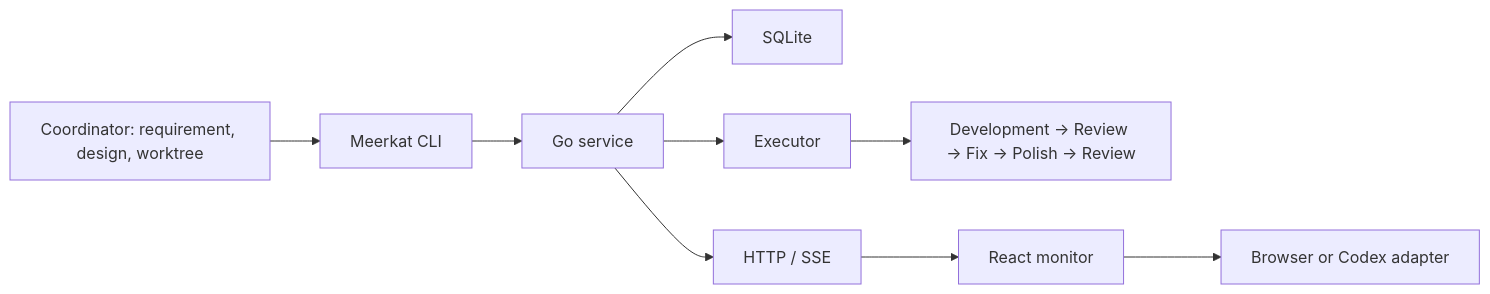
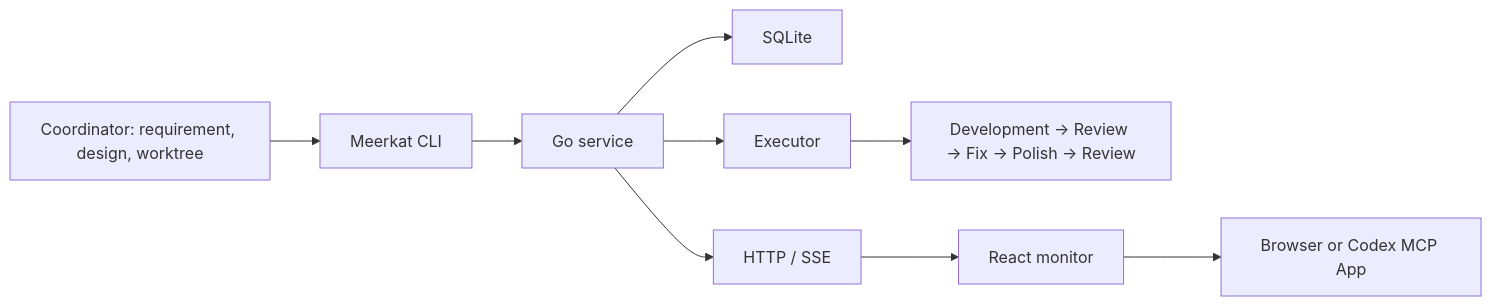
Before and after one commit to hunknownz/Meerkat: the diagram in README.md, drawn with Mermaid. The commit also changed other lines of this file and 10 other files, not shown here.

````diff
--- a/README.md
+++ b/README.md
@@ -19,11 +19,11 @@
 ```mermaid
 flowchart LR
     A[Coordinator: requirement, design, worktree] --> B[Meerkat CLI]
     B --> C[Go service]
     C --> D[SQLite]
     C --> E[Executor]
     E --> F[Development → Review → Fix → Polish → Review]
     C --> G[HTTP / SSE]
     G --> H[React monitor]
-    H --> I[Browser or Codex adapter]
+    H --> I[Browser or Codex MCP App]
 ```
````
